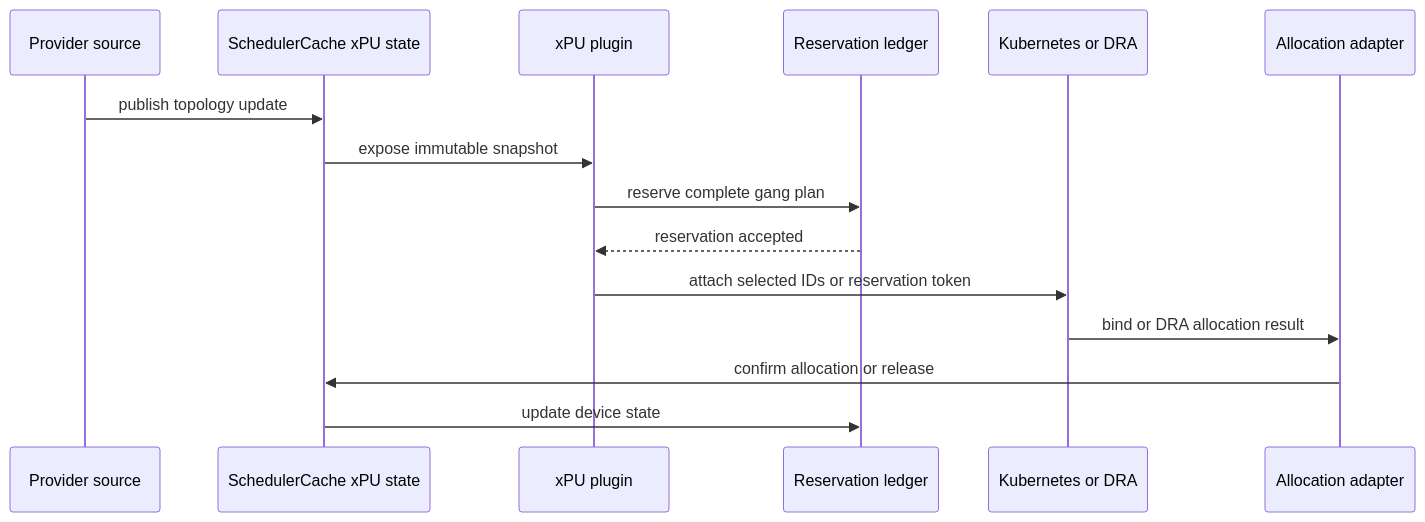
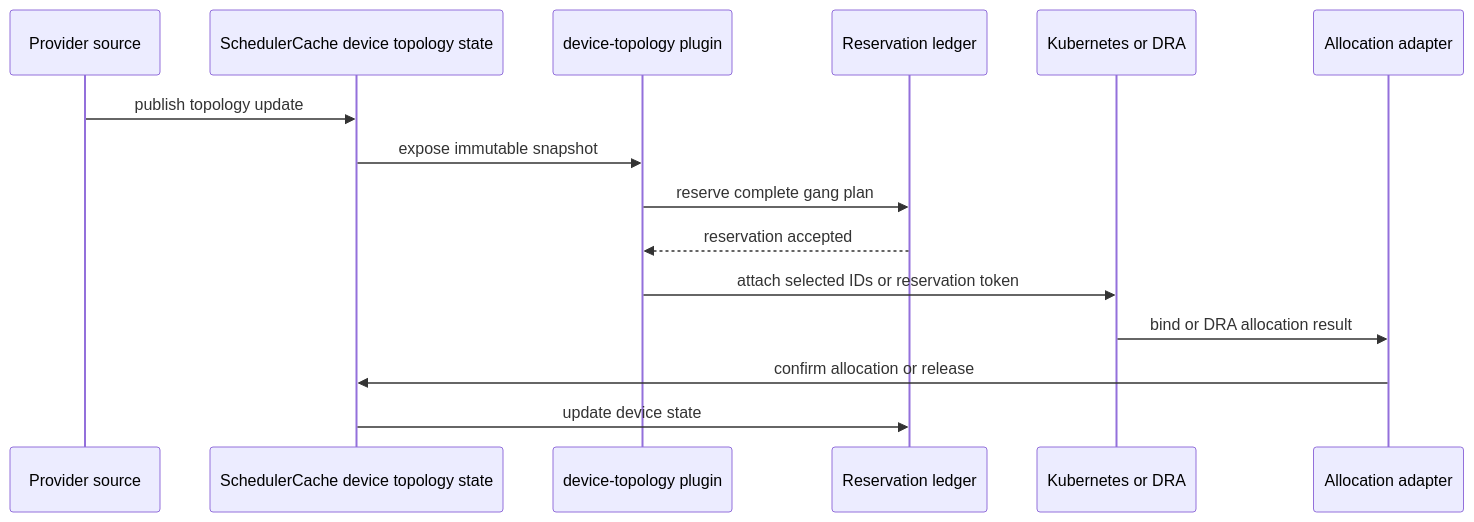
The seventh of 7 diagrams in docs/design/generic-xpu-topology-aware-scheduling.md (volcano-sh/volcano), drawn with Mermaid before and after one commit. The commit also changed other lines of this file, not shown here.

Commit message:
docs: standardize device topology naming

````diff
--- a/docs/design/generic-xpu-topology-aware-scheduling.md
+++ b/docs/design/generic-xpu-topology-aware-scheduling.md
@@ -1358,18 +1363,18 @@
 ```mermaid
 sequenceDiagram
     participant Source as Provider source
-    participant Cache as SchedulerCache xPU state
-    participant Plugin as xPU plugin
+    participant Cache as SchedulerCache device topology state
+    participant Plugin as device-topology plugin
     participant Ledger as Reservation ledger
     participant Runtime as Kubernetes or DRA
     participant Adapter as Allocation adapter
 
     Source->>Cache: publish topology update
     Cache->>Plugin: expose immutable snapshot
     Plugin->>Ledger: reserve complete gang plan
     Ledger-->>Plugin: reservation accepted
     Plugin->>Runtime: attach selected IDs or reservation token
     Runtime->>Adapter: bind or DRA allocation result
     Adapter->>Cache: confirm allocation or release
     Cache->>Ledger: update device state
 ```
````
